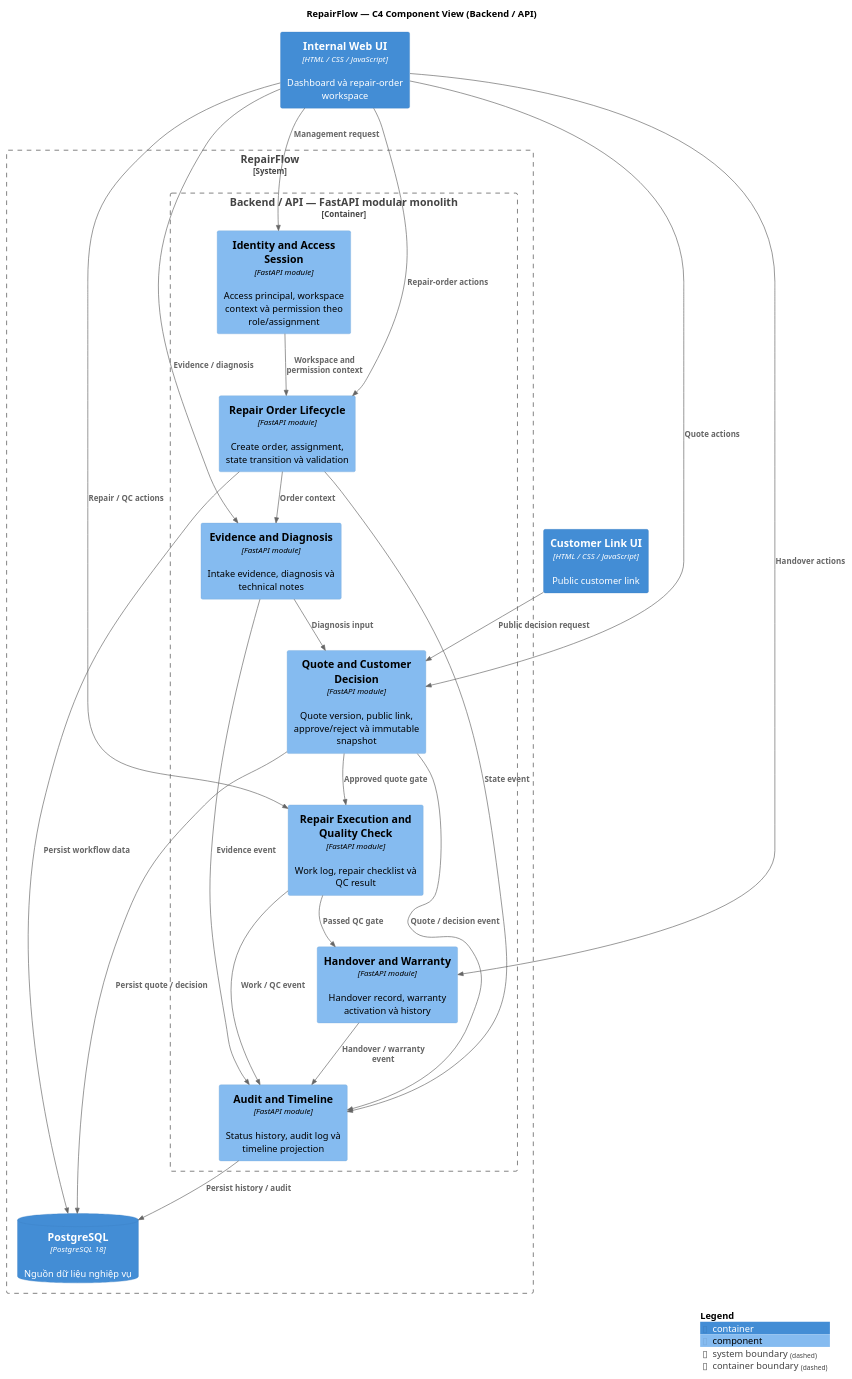
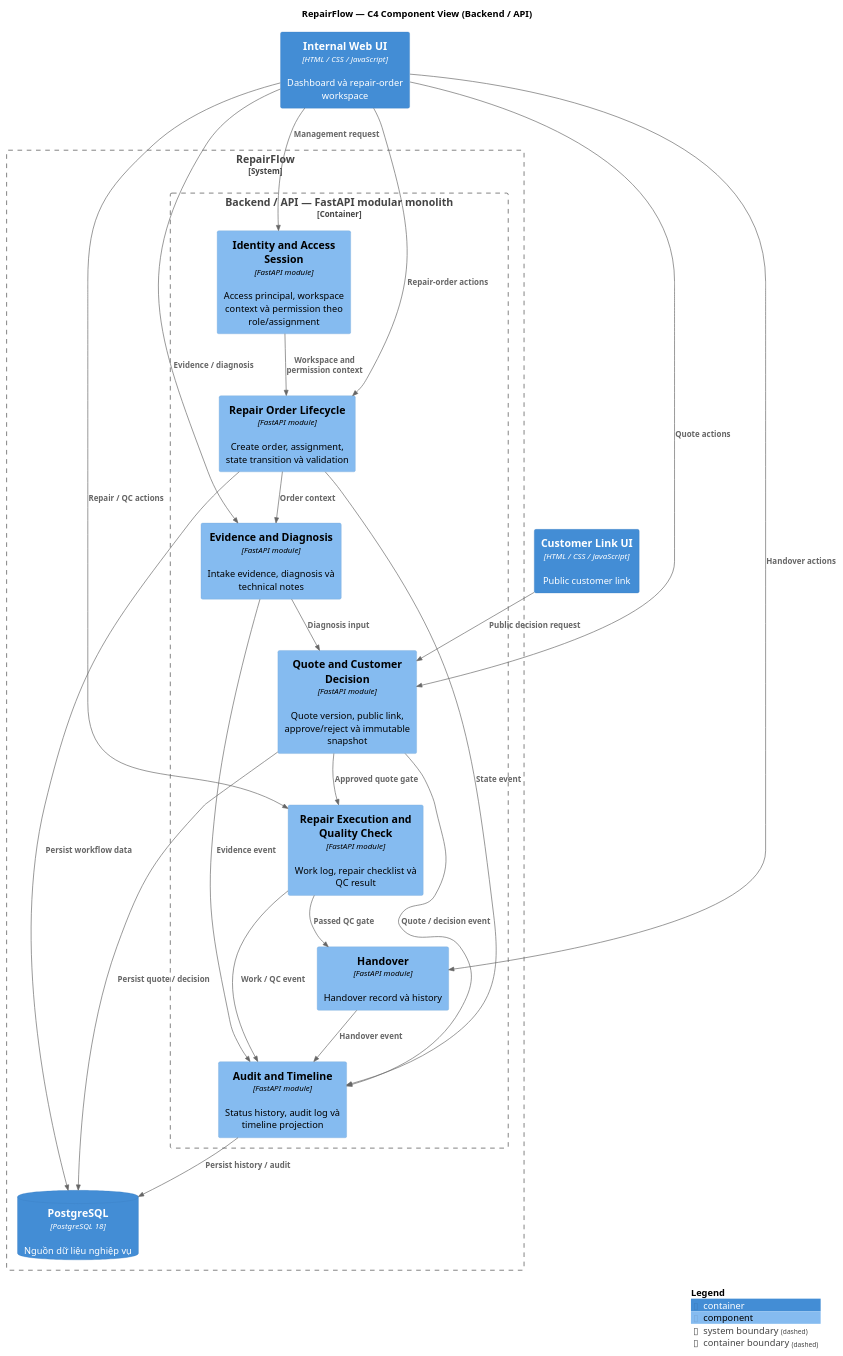
The diagram in docs/v0/architecture/repairflow-c4-component.puml (datdt03/DOTHANHDAT_INTERN_01278), drawn with PlantUML before and after one commit. The commit also changed 12 other files, not shown here.

```diff
--- a/docs/v0/architecture/repairflow-c4-component.puml
+++ b/docs/v0/architecture/repairflow-c4-component.puml
@@ -1,46 +1,46 @@
 @startuml repairflow-c4-component
 !include <C4/C4_Component>
 
 LAYOUT_TOP_DOWN()
 title RepairFlow — C4 Component View (Backend / API)
 
 Container(internalUi, "Internal Web UI", "HTML / CSS / JavaScript", "Dashboard và repair-order workspace")
 Container(customerUi, "Customer Link UI", "HTML / CSS / JavaScript", "Public customer link")
 
 System_Boundary(repairflow, "RepairFlow") {
     Container_Boundary(api, "Backend / API — FastAPI modular monolith") {
         Component(identity, "Identity and Access Session", "FastAPI module", "Access principal, workspace context và permission theo role/assignment")
         Component(order, "Repair Order Lifecycle", "FastAPI module", "Create order, assignment, state transition và validation")
         Component(evidence, "Evidence and Diagnosis", "FastAPI module", "Intake evidence, diagnosis và technical notes")
         Component(quote, "Quote and Customer Decision", "FastAPI module", "Quote version, public link, approve/reject và immutable snapshot")
         Component(execution, "Repair Execution and Quality Check", "FastAPI module", "Work log, repair checklist và QC result")
-        Component(handover, "Handover and Warranty", "FastAPI module", "Handover record, warranty activation và history")
+        Component(handover, "Handover", "FastAPI module", "Handover record và history")
         Component(audit, "Audit and Timeline", "FastAPI module", "Status history, audit log và timeline projection")
     }
     ContainerDb(database, "PostgreSQL", "PostgreSQL 18", "Nguồn dữ liệu nghiệp vụ")
 }
 
 Rel(internalUi, identity, "Management request")
 Rel(internalUi, order, "Repair-order actions")
 Rel(internalUi, evidence, "Evidence / diagnosis")
 Rel(internalUi, quote, "Quote actions")
 Rel(internalUi, execution, "Repair / QC actions")
 Rel(internalUi, handover, "Handover actions")
 Rel(customerUi, quote, "Public decision request")
 
 Rel(identity, order, "Workspace and permission context")
 Rel(order, evidence, "Order context")
 Rel(evidence, quote, "Diagnosis input")
 Rel(quote, execution, "Approved quote gate")
 Rel(execution, handover, "Passed QC gate")
 Rel(order, audit, "State event")
 Rel(evidence, audit, "Evidence event")
 Rel(quote, audit, "Quote / decision event")
 Rel(execution, audit, "Work / QC event")
-Rel(handover, audit, "Handover / warranty event")
+Rel(handover, audit, "Handover event")
 Rel(order, database, "Persist workflow data")
 Rel(quote, database, "Persist quote / decision")
 Rel(audit, database, "Persist history / audit")
 
 SHOW_LEGEND()
 @enduml
```
